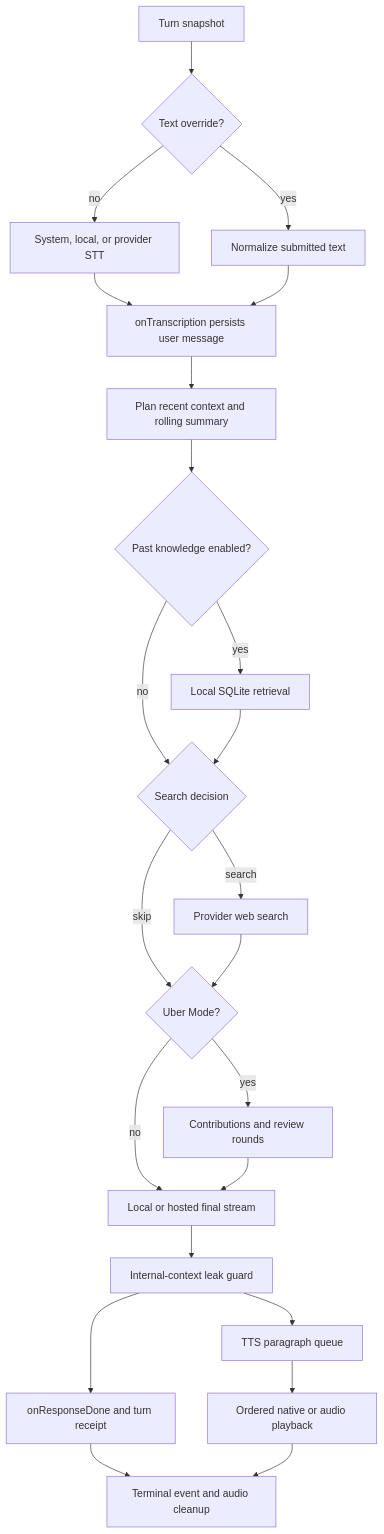
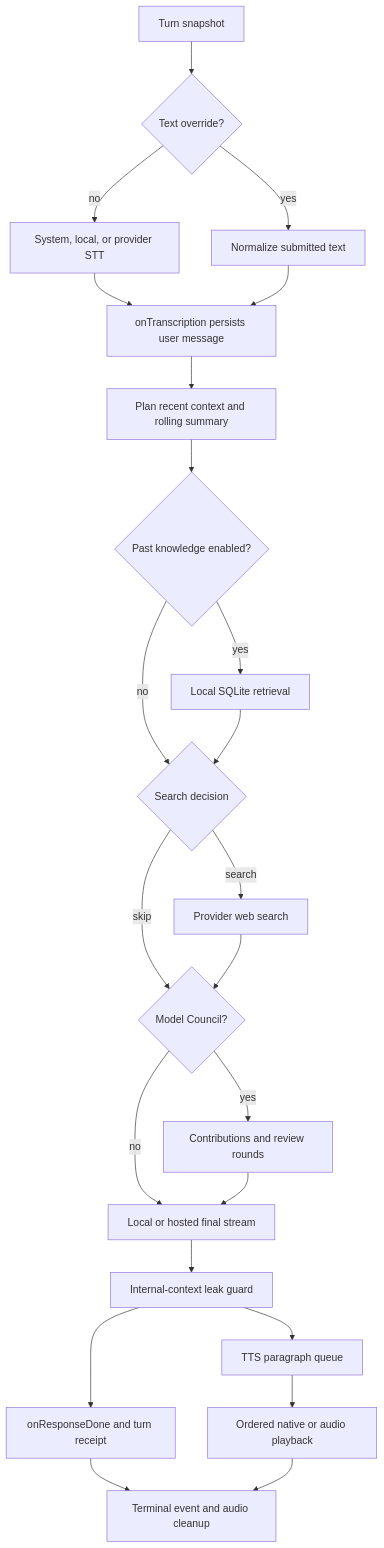
The first of 3 diagrams in src/services/voicePipeline/DESIGN.md (hurrtz/mrbroccoli), drawn with Mermaid before and after one commit. The commit also changed other lines of this file and 19 other files, not shown here.

First line of the commit message:
feat(branding): rename user-facing Uber Mode to Model Council

````diff
--- a/src/services/voicePipeline/DESIGN.md
+++ b/src/services/voicePipeline/DESIGN.md
@@ -24,25 +24,25 @@
 ```mermaid
 flowchart TD
     Start[Turn snapshot] --> Input{Text override?}
     Input -->|yes| Normalize[Normalize submitted text]
     Input -->|no| STT[System, local, or provider STT]
     STT --> User[onTranscription persists user message]
     Normalize --> User
     User --> Context[Plan recent context and rolling summary]
     Context --> Knowledge{Past knowledge enabled?}
     Knowledge -->|yes| Retrieve[Local SQLite retrieval]
     Knowledge -->|no| Search
     Retrieve --> Search{Search decision}
     Search -->|search| SearchCall[Provider web search]
     Search -->|skip| Deliberation
-    SearchCall --> Deliberation{Uber Mode?}
+    SearchCall --> Deliberation{Model Council?}
     Deliberation -->|yes| Uber[Contributions and review rounds]
     Deliberation -->|no| Response
     Uber --> Response[Local or hosted final stream]
     Response --> Guard[Internal-context leak guard]
     Guard --> Persist[onResponseDone and turn receipt]
     Guard --> Queue[TTS paragraph queue]
     Queue --> Playback[Ordered native or audio playback]
     Persist --> Cleanup[Terminal event and audio cleanup]
     Playback --> Cleanup
 ```
````
